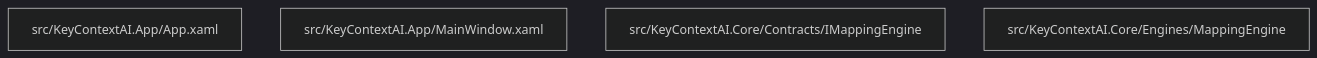
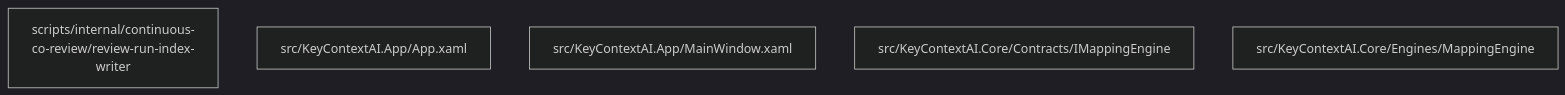
The second of 2 diagrams in specs/001-layout-autocorrect/iterations/001/review-diagrams.md (alonf/KeyContextAI), drawn with Mermaid (dark theme) before and after one commit. The commit also changed other lines of this file and 10 other files, not shown here.

````diff
--- a/specs/001-layout-autocorrect/iterations/001/review-diagrams.md
+++ b/specs/001-layout-autocorrect/iterations/001/review-diagrams.md
@@ -39,7 +39,8 @@
 ```mermaid
 flowchart TD
+  scripts_internal_continuous_co_review_review_run_index_writer["scripts/internal/continuous-co-review/review-run-index-writer"]
   src_KeyContextAI_App_App_xaml["src/KeyContextAI.App/App.xaml"]
   src_KeyContextAI_App_MainWindow_xaml["src/KeyContextAI.App/MainWindow.xaml"]
   src_KeyContextAI_Core_Contracts_IMappingEngine["src/KeyContextAI.Core/Contracts/IMappingEngine"]
   src_KeyContextAI_Core_Engines_MappingEngine["src/KeyContextAI.Core/Engines/MappingEngine"]
 ```
````
